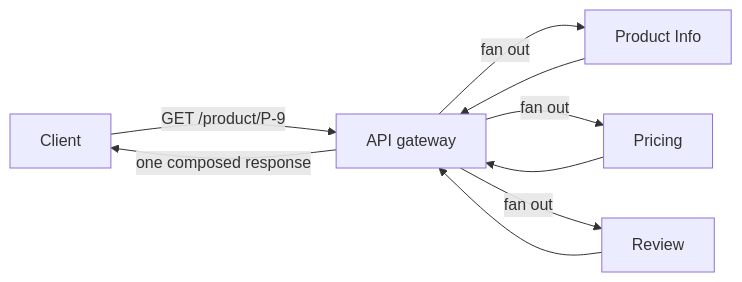
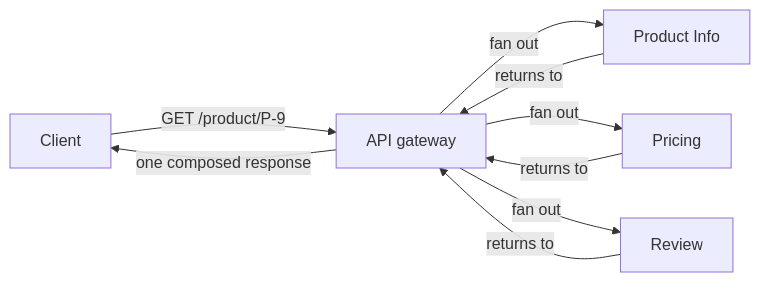
Before and after one commit to vinayakuber/microservices-io-study-guide: the tenth of 13 diagrams in docs/ch23-api-gateway.md, drawn with Mermaid. The commit also changed other lines of this file and 71 other files, not shown here.

First line of the commit message:
R18: label every diagram arrow with its meaning

````diff
--- a/docs/ch23-api-gateway.md
+++ b/docs/ch23-api-gateway.md
@@ -328,11 +328,11 @@
 ```mermaid
 flowchart LR
   C["Client"] -->|"GET /product/P-9"| G["API gateway"]
   G -->|"fan out"| A["Product Info"]
   G -->|"fan out"| B["Pricing"]
   G -->|"fan out"| D["Review"]
-  A --> G
-  B --> G
-  D --> G
+  A -->|"returns to"| G
+  B -->|"returns to"| G
+  D -->|"returns to"| G
   G -->|"one composed response"| C
 ```
````
